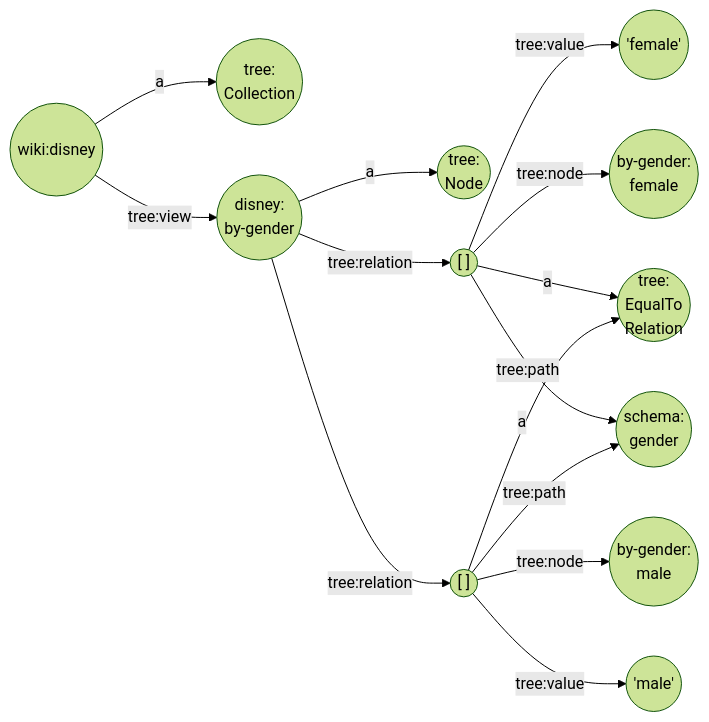
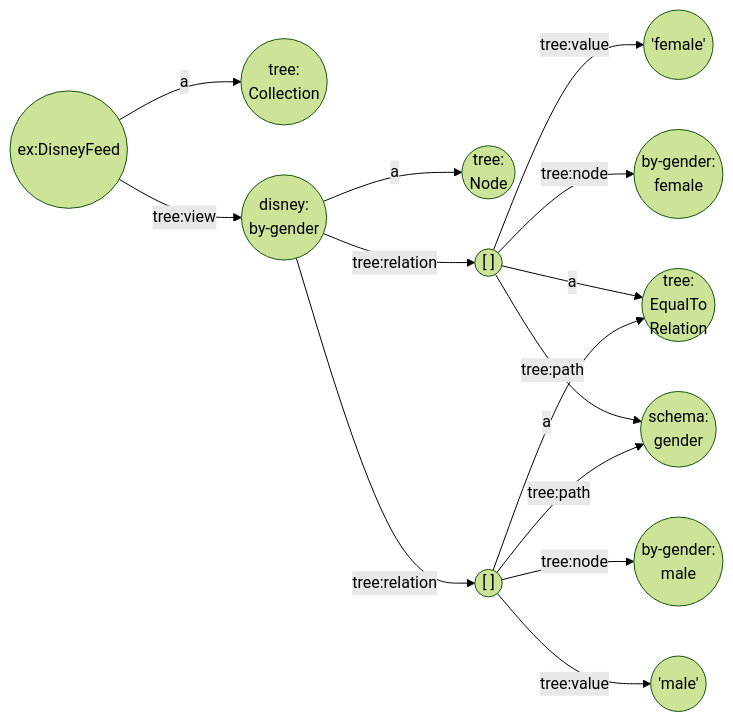
One commit to rorlic/ldes-docs changed the diagram in step-by-step/J-reference-based-view.md. Above: the diagram before and after it, drawn with Mermaid (forest theme). The commit also changed other lines of this file and 10 other files, not shown here.

````diff
--- a/step-by-step/J-reference-based-view.md
+++ b/step-by-step/J-reference-based-view.md
@@ -34,36 +35,36 @@
 ```mermaid
 flowchart LR
-    disney((wiki:disney))
+    disney((ex:DisneyFeed))
     collection(("`tree:
     Collection`"))
     view(("`disney:
     by-gender`"))
     pFemale(("`by-gender:
     female`"))
     pMale(("`by-gender:
     male`"))
     node(("`tree:
     Node`"))
     rel1(("`[ ]`"))
     rel2(("`[ ]`"))
     relation(("`tree:
     EqualTo
     Relation`"))
     female(('female'))
     male(('male'))
     gender(("`schema:
     gender`"))
     disney -- a --> collection
     disney -- tree:view --> view
     view -- a --> node
     view -- tree:relation --> rel1
     view -- tree:relation --> rel2
     rel1 -- tree:value --> female
     rel1 -- tree:node --> pFemale
     rel1 -- a --> relation
     rel2 -- a --> relation
     rel1 -- tree:path --> gender
     rel2 -- tree:path --> gender
     rel2 -- tree:node --> pMale
     rel2 -- tree:value --> male
 ```
````
